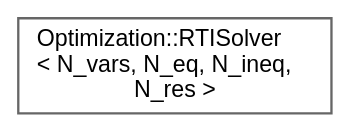
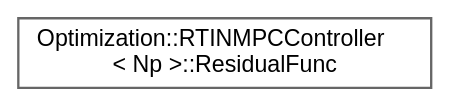
The diagram in inherit_graph_58.dot (jswoo0615/Algorithms_for_Optimization_cpp), drawn with Graphviz before and after one commit. The commit also changed 134 other files, not shown here.

```diff
--- a/inherit_graph_58.dot
+++ b/inherit_graph_58.dot
@@ -1,9 +1,9 @@
 digraph "Graphical Class Hierarchy"
 {
  // LATEX_PDF_SIZE
   bgcolor="transparent";
   edge [fontname=Helvetica,fontsize=10,labelfontname=Helvetica,labelfontsize=10];
   node [fontname=Helvetica,fontsize=10,shape=box,height=0.2,width=0.4];
   rankdir="LR";
-  Node0 [id="Node000000",label="Optimization::RTISolver\l\< N_vars, N_eq, N_ineq,\l N_res \>",height=0.2,width=0.4,color="grey40", fillcolor="white", style="filled",URL="$classOptimization_1_1RTISolver.html",tooltip=" "];
+  Node0 [id="Node000000",label="Optimization::RTINMPCController\l\< Np \>::ResidualFunc",height=0.2,width=0.4,color="grey40", fillcolor="white", style="filled",URL="$structOptimization_1_1RTINMPCController_1_1ResidualFunc.html",tooltip=" "];
 }
```
